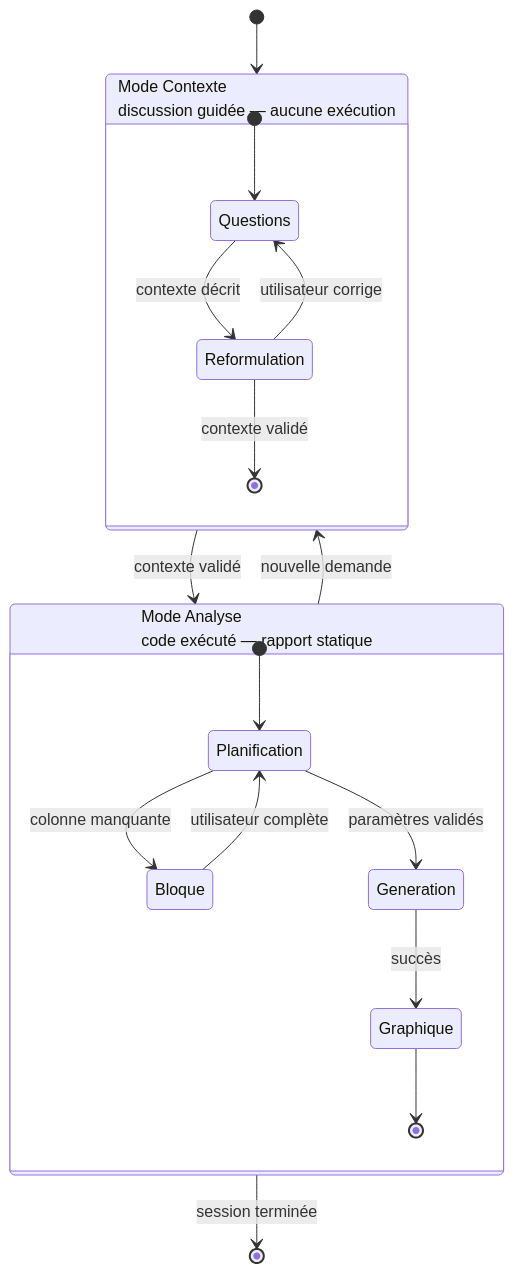
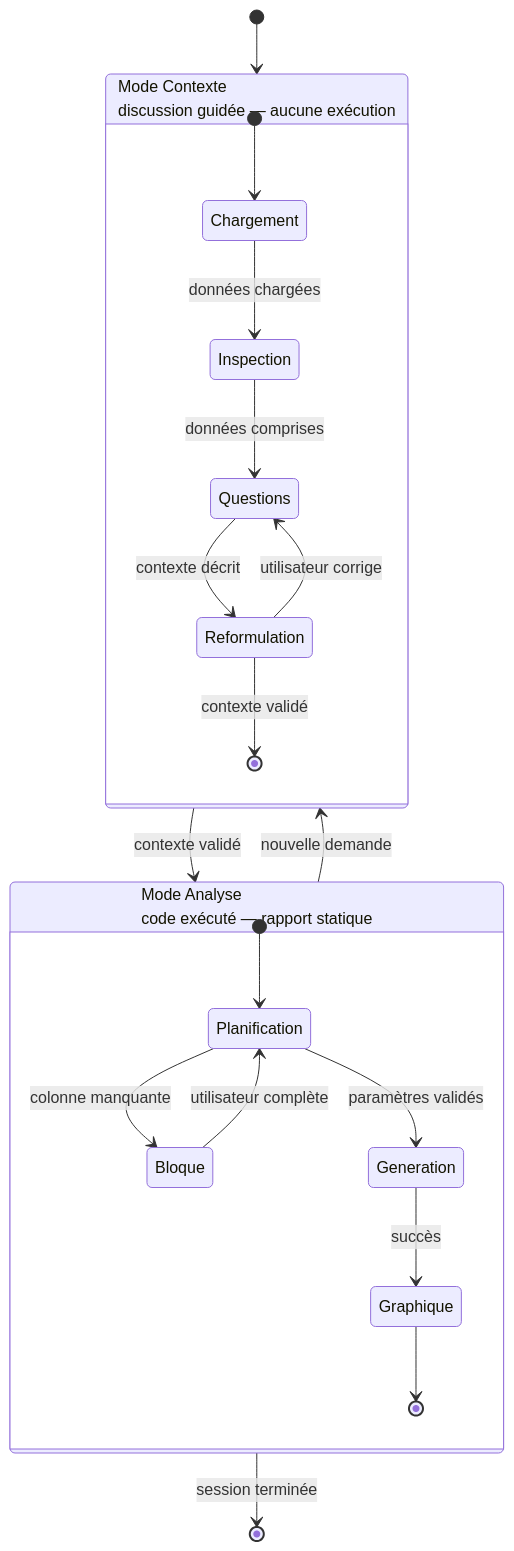
One commit to TidianeCisse777/assistant-copepodes-specs changed the first of 3 diagrams in docs/PRD_IDEA_copepod.md. Above: the diagram before and after it, drawn with Mermaid. The commit also changed 1 other file, not shown here.

Commit message:
docs: add chargement + inspection steps to Mode Contexte diagram

````diff
--- a/docs/PRD_IDEA_copepod.md
+++ b/docs/PRD_IDEA_copepod.md
@@ -87,24 +87,26 @@
 ```mermaid
 stateDiagram-v2
     [*] --> MC
 
     state "Mode Contexte\ndiscussion guidée — aucune exécution" as MC {
-        [*] --> Questions
+        [*] --> Chargement
+        Chargement --> Inspection : données chargées
+        Inspection --> Questions : données comprises
         Questions --> Reformulation : contexte décrit
         Reformulation --> Questions : utilisateur corrige
         Reformulation --> [*] : contexte validé
     }
 
     state "Mode Analyse\ncode exécuté — rapport statique" as MA {
         [*] --> Planification
         Planification --> Bloque : colonne manquante
         Bloque --> Planification : utilisateur complète
         Planification --> Generation : paramètres validés
         Generation --> Graphique : succès
         Graphique --> [*]
     }
 
     MC --> MA : contexte validé
     MA --> MC : nouvelle demande
     MA --> [*] : session terminée
 ```
````
